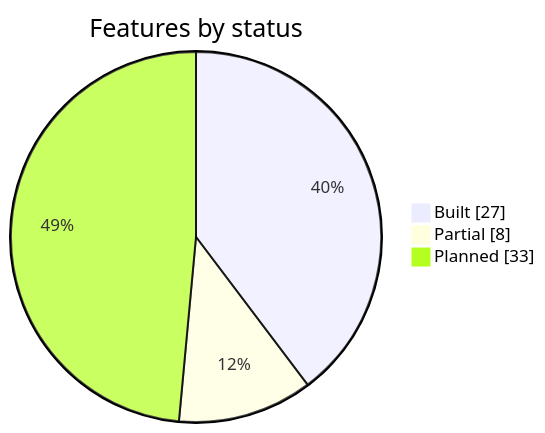
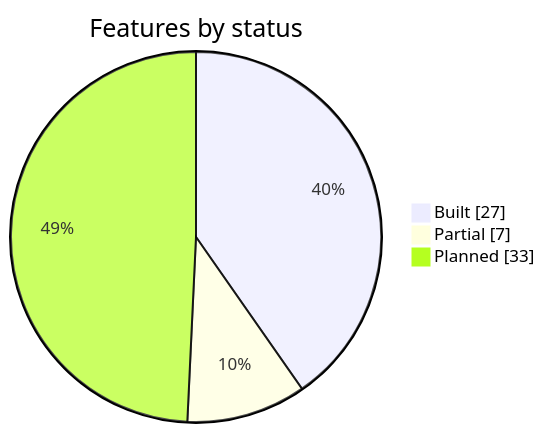
The first of 2 diagrams in docs/FEATURES.md (josephgoksu/TaskWing), drawn with Mermaid before and after one commit. The commit also changed other lines of this file and 51 other files, not shown here.

````diff
--- a/docs/FEATURES.md
+++ b/docs/FEATURES.md
@@ -15,7 +15,7 @@
 ```mermaid
 pie showData
   title Features by status
   "Built" : 27
-  "Partial" : 8
+  "Partial" : 7
   "Planned" : 33
 ```
````
